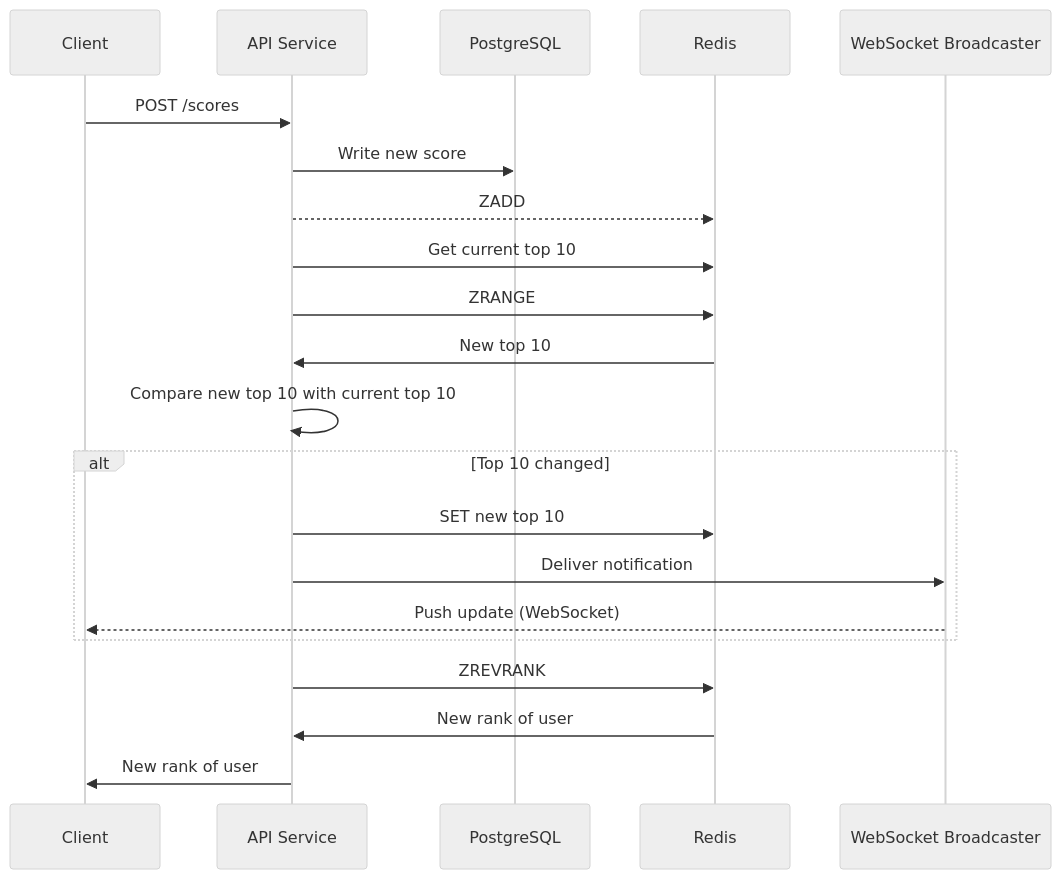
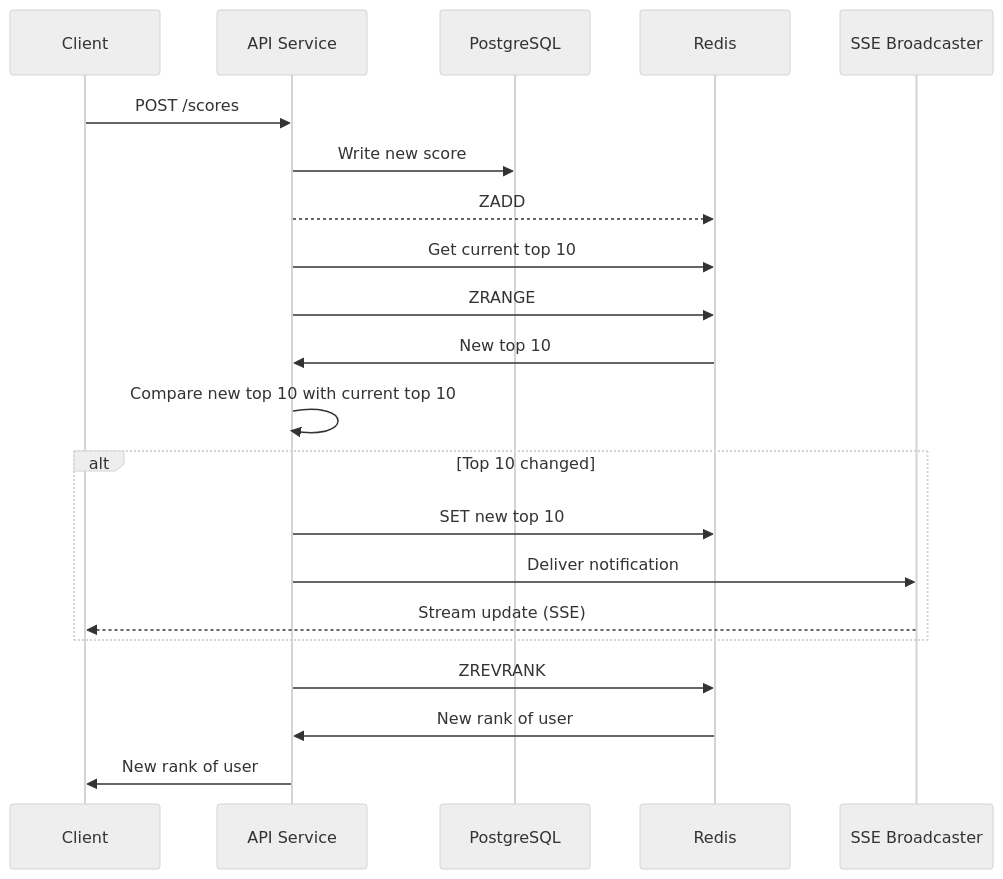
Before and after one commit to anhba817/system-design: the second of 4 diagrams in gaming-leaderboard/README.md, drawn with Mermaid (neutral theme). The commit also changed other lines of this file and 5 other files, not shown here.

````diff
--- a/gaming-leaderboard/README.md
+++ b/gaming-leaderboard/README.md
@@ -92,24 +92,24 @@
 ```mermaid
 sequenceDiagram
     participant C as Client
     participant API as API Service
     participant PG as PostgreSQL
     participant R as Redis
-    participant WS as WebSocket Broadcaster
+    participant SSE as SSE Broadcaster
 
     C->>API: POST /scores
     API->>PG: Write new score
     API-->>R: ZADD
     API->>R: Get current top 10
     API->>R: ZRANGE
     R->>API: New top 10
     API->>API: Compare new top 10 with current top 10
     alt Top 10 changed
       API->>R: SET new top 10
-      API->>WS: Deliver notification
-      WS-->>C: Push update (WebSocket)
+      API->>SSE: Deliver notification
+      SSE-->>C: Stream update (SSE)
     end
     API->>R: ZREVRANK
     R->>API: New rank of user
     API->>C: New rank of user
 ```
````
